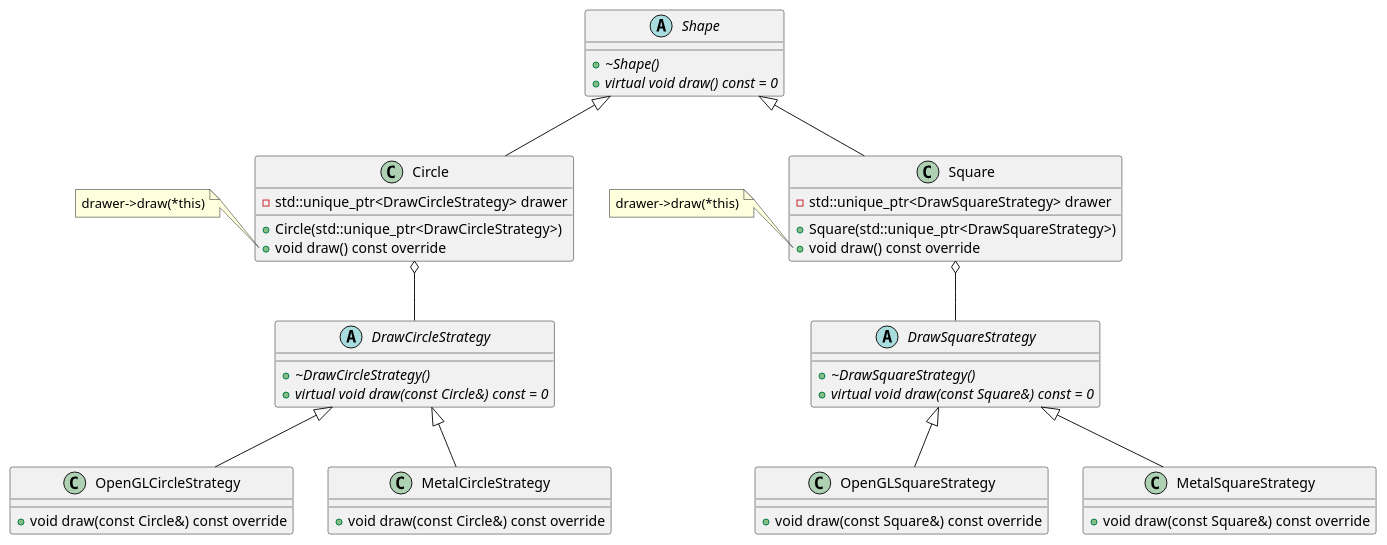
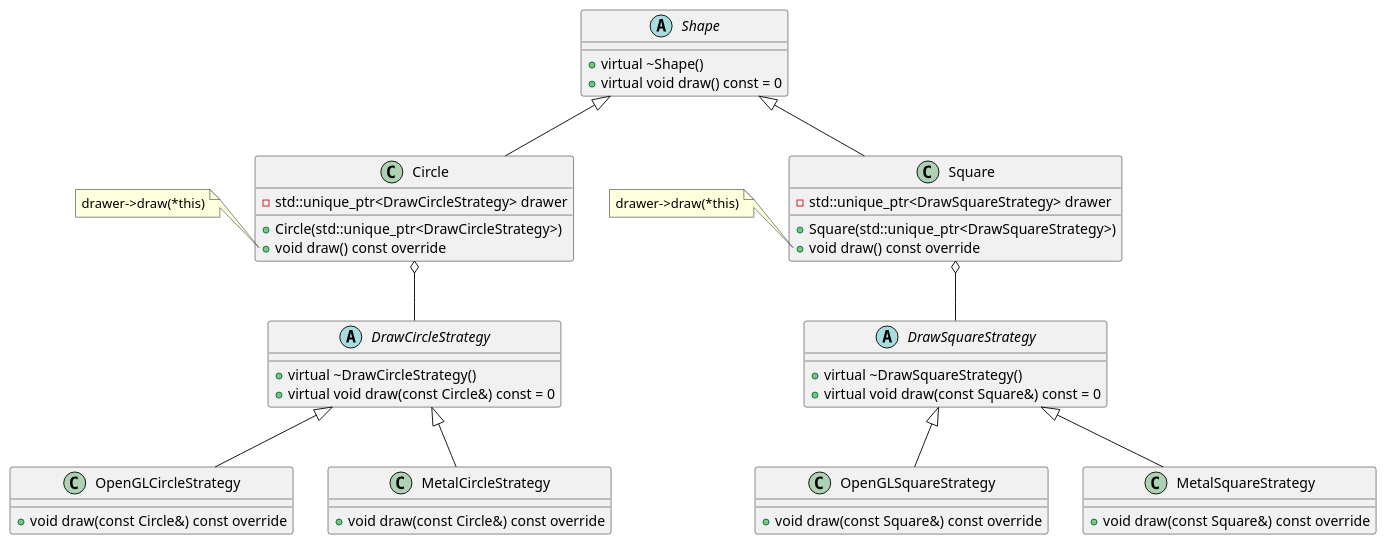
The diagram in software_design/strategy_pattern/classic_version/UML.puml (mirinta/cpp_learning), drawn with PlantUML before and after one commit.

```diff
--- a/software_design/strategy_pattern/classic_version/UML.puml
+++ b/software_design/strategy_pattern/classic_version/UML.puml
@@ -1,66 +1,66 @@
 @startuml
 
 abstract class Shape {
-  + {abstract} ~Shape()
-  + {abstract} virtual void draw() const = 0
+  + virtual ~Shape()
+  + virtual void draw() const = 0
 }
 
 class Circle {
   + Circle(std::unique_ptr<DrawCircleStrategy>)
   + void draw() const override
   - std::unique_ptr<DrawCircleStrategy> drawer
 }
 
 class Square {
   + Square(std::unique_ptr<DrawSquareStrategy>)
   + void draw() const override
   - std::unique_ptr<DrawSquareStrategy> drawer
 }
 
 abstract class DrawCircleStrategy {
-  + {abstract} ~DrawCircleStrategy()
-  + {abstract} virtual void draw(const Circle&) const = 0
+  + virtual ~DrawCircleStrategy()
+  + virtual void draw(const Circle&) const = 0
 }
 
 class OpenGLCircleStrategy {
   + void draw(const Circle&) const override
 }
 
 class MetalCircleStrategy {
   + void draw(const Circle&) const override
 }
 
 abstract class DrawSquareStrategy {
-  + {abstract} ~DrawSquareStrategy()
-  + {abstract} virtual void draw(const Square&) const = 0
+  + virtual ~DrawSquareStrategy()
+  + virtual void draw(const Square&) const = 0
 }
 
 class OpenGLSquareStrategy {
   + void draw(const Square&) const override
 }
 
 class MetalSquareStrategy {
   + void draw(const Square&) const override
 }
 
 Shape <|-- Circle
 Shape <|-- Square
 
 Circle o-- DrawCircleStrategy
 Square o-- DrawSquareStrategy
 
 DrawCircleStrategy <|-- OpenGLCircleStrategy
 DrawSquareStrategy <|-- OpenGLSquareStrategy
 
 DrawCircleStrategy <|-- MetalCircleStrategy
 DrawSquareStrategy <|-- MetalSquareStrategy
 
 note left of Circle::draw()
     drawer->draw(*this)
 end note
 
 note left of Square::draw()
     drawer->draw(*this)
 end note
 
 @enduml
```
